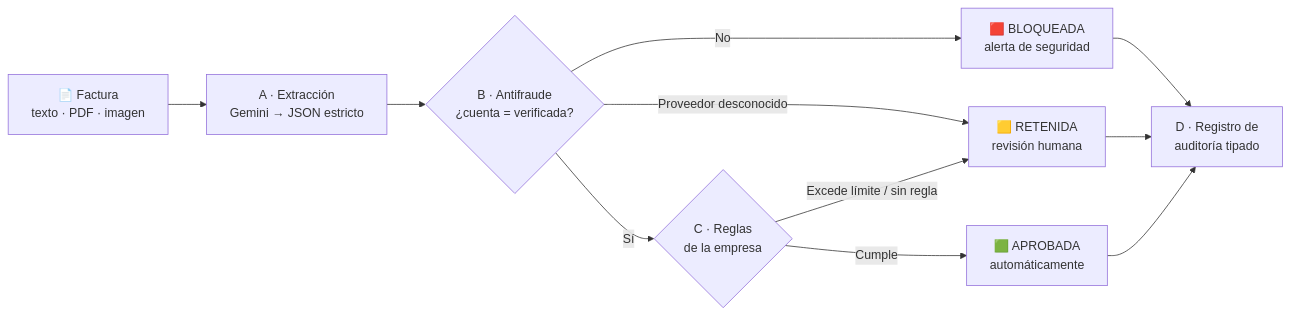
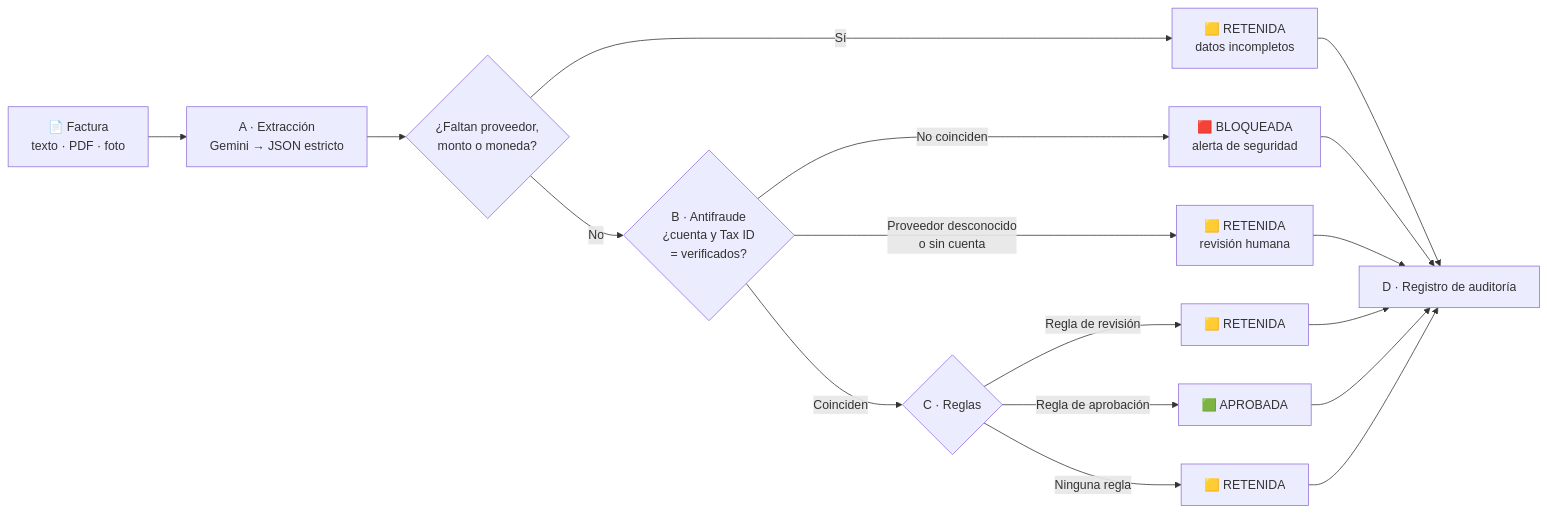
Before and after one commit to mesas01/WinkWink: the first of 2 diagrams in README.md, drawn with Mermaid. The commit also changed other lines of this file, not shown here.

````diff
--- a/README.md
+++ b/README.md
@@ -96,11 +139,14 @@
 ```mermaid
 flowchart LR
-    A[📄 Factura<br/>texto · PDF · imagen] --> B[A · Extracción<br/>Gemini → JSON estricto]
-    B --> C{B · Antifraude<br/>¿cuenta = verificada?}
-    C -- No --> X[🟥 BLOQUEADA<br/>alerta de seguridad]
-    C -- Proveedor desconocido --> R[🟨 RETENIDA<br/>revisión humana]
-    C -- Sí --> D{C · Reglas<br/>de la empresa}
-    D -- Cumple --> OK[🟩 APROBADA<br/>automáticamente]
-    D -- Excede límite / sin regla --> R
-    X & R & OK --> L[D · Registro de<br/>auditoría tipado]
+    A[📄 Factura<br/>texto · PDF · foto] --> B[A · Extracción<br/>Gemini → JSON estricto]
+    B --> M{¿Faltan proveedor,<br/>monto o moneda?}
+    M -- Sí --> R[🟨 RETENIDA<br/>datos incompletos]
+    M -- No --> C{B · Antifraude<br/>¿cuenta y Tax ID<br/>= verificados?}
+    C -- No coinciden --> X[🟥 BLOQUEADA<br/>alerta de seguridad]
+    C -- Proveedor desconocido<br/>o sin cuenta --> R2[🟨 RETENIDA<br/>revisión humana]
+    C -- Coinciden --> D{C · Reglas}
+    D -- Regla de revisión --> R3[🟨 RETENIDA]
+    D -- Regla de aprobación --> OK[🟩 APROBADA]
+    D -- Ninguna regla --> R4[🟨 RETENIDA]
+    R & X & R2 & R3 & OK & R4 --> L[D · Registro de auditoría]
 ```
````
